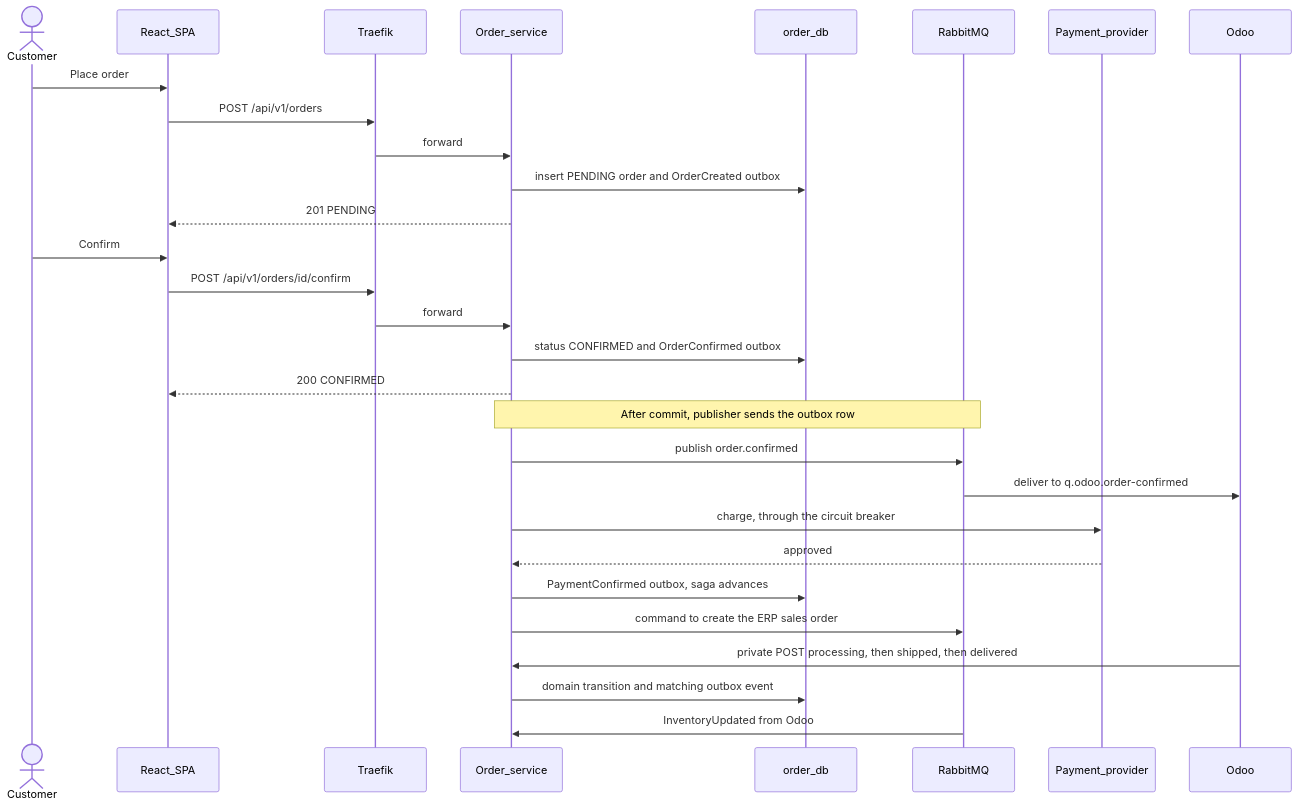
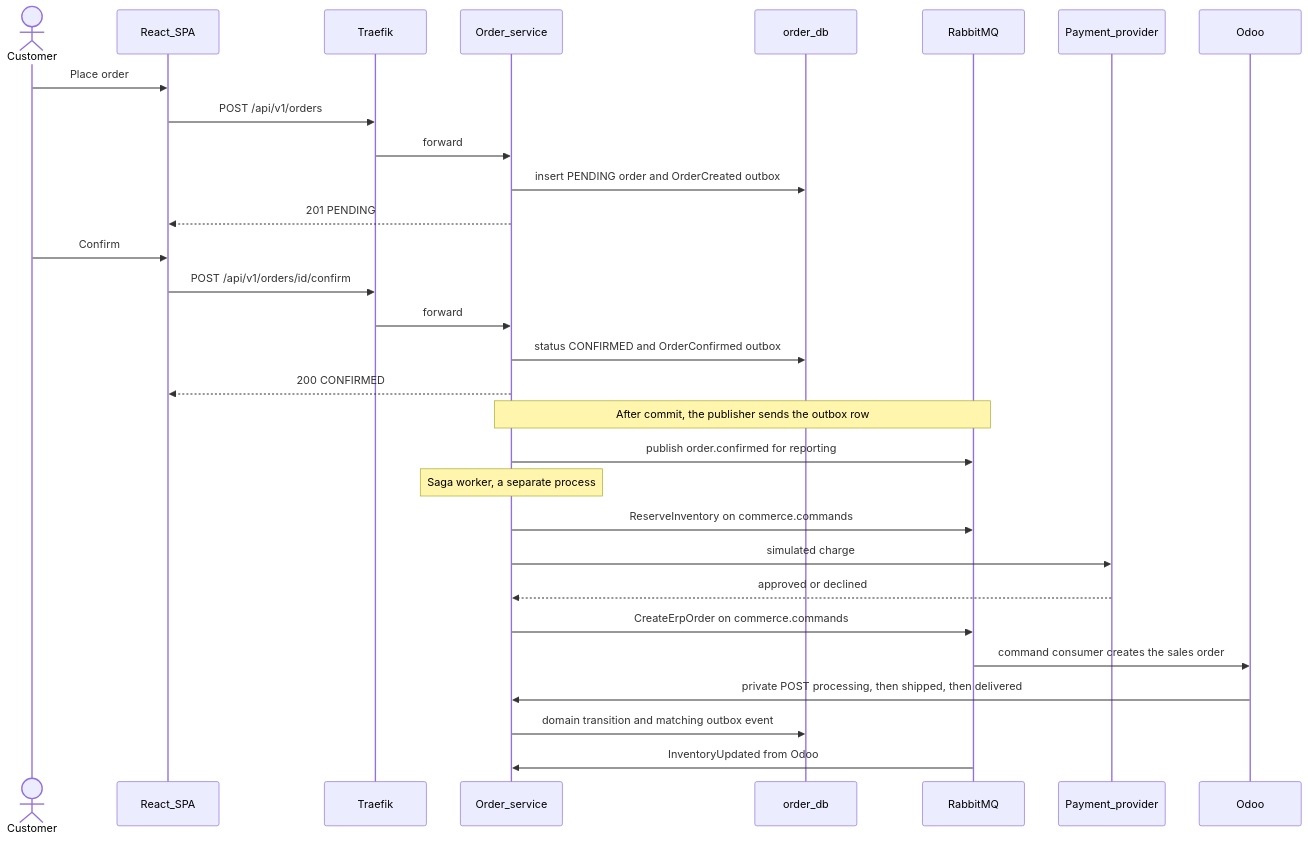
Before and after one commit to salehewais/senior: the fifth of 7 diagrams in Distributed/docs/architecture.md, drawn with Mermaid. The commit also changed other lines of this file and 187 other files, not shown here.

````diff
--- a/Distributed/docs/architecture.md
+++ b/Distributed/docs/architecture.md
@@ -190,34 +193,35 @@
 ```mermaid
 sequenceDiagram
   actor Customer
   participant React as React_SPA
   participant GW as Traefik
   participant API as Order_service
   participant DB as order_db
   participant MQ as RabbitMQ
   participant Pay as Payment_provider
   participant ERP as Odoo
 
   Customer->>React: Place order
   React->>GW: POST /api/v1/orders
   GW->>API: forward
   API->>DB: insert PENDING order and OrderCreated outbox
   API-->>React: 201 PENDING
 
   Customer->>React: Confirm
   React->>GW: POST /api/v1/orders/id/confirm
   GW->>API: forward
   API->>DB: status CONFIRMED and OrderConfirmed outbox
   API-->>React: 200 CONFIRMED
 
-  Note over API,MQ: After commit, publisher sends the outbox row
-  API->>MQ: publish order.confirmed
-  MQ->>ERP: deliver to q.odoo.order-confirmed
-  API->>Pay: charge, through the circuit breaker
-  Pay-->>API: approved
-  API->>DB: PaymentConfirmed outbox, saga advances
-  API->>MQ: command to create the ERP sales order
+  Note over API,MQ: After commit, the publisher sends the outbox row
+  API->>MQ: publish order.confirmed for reporting
+  Note over API: Saga worker, a separate process
+  API->>MQ: ReserveInventory on commerce.commands
+  API->>Pay: simulated charge
+  Pay-->>API: approved or declined
+  API->>MQ: CreateErpOrder on commerce.commands
+  MQ->>ERP: command consumer creates the sales order
   ERP->>API: private POST processing, then shipped, then delivered
   API->>DB: domain transition and matching outbox event
   MQ->>API: InventoryUpdated from Odoo
 ```
````
